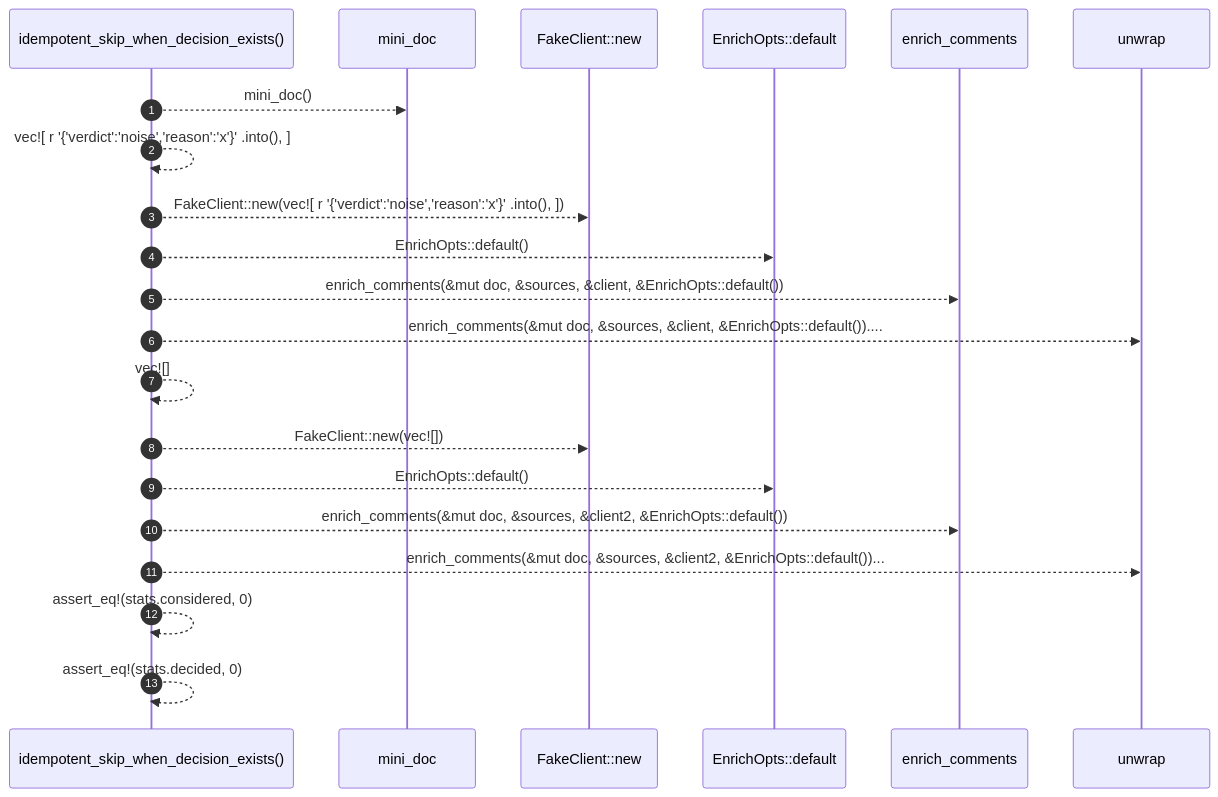
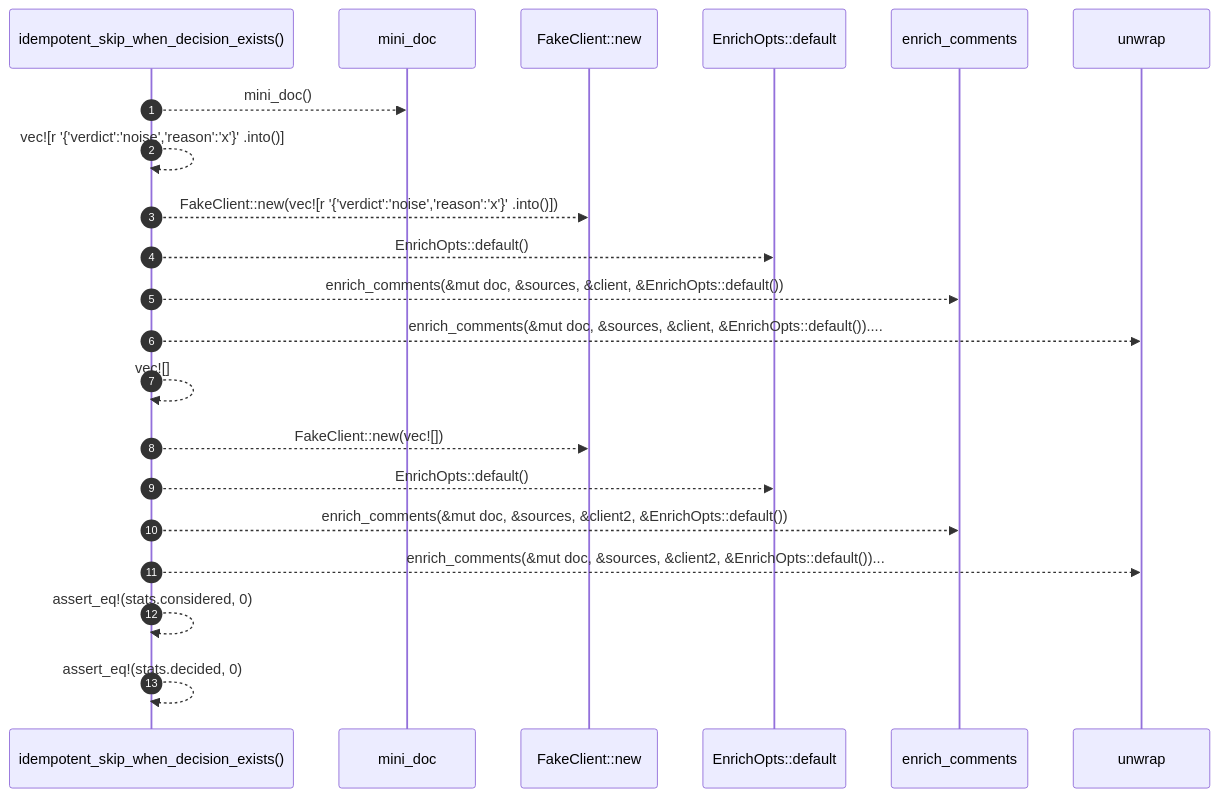
One commit to RyanGuild/self-describing-code changed the diagram in docs/self-model/robby_agent/enrich/tests/idempotent-skip-when-decision-exists.md. Above: the diagram before and after it, drawn with Mermaid. The commit also changed other lines of this file and 747 other files, not shown here.

````diff
--- a/docs/self-model/robby_agent/enrich/tests/idempotent-skip-when-decision-exists.md
+++ b/docs/self-model/robby_agent/enrich/tests/idempotent-skip-when-decision-exists.md
@@ -27,23 +25,23 @@
 ```mermaid
 sequenceDiagram
     autonumber
     participant idempotent_skip_when_decision_exists as idempotent_skip_when_decision_exists()
     participant mini_doc as mini_doc
     participant FakeClient__new as FakeClient::new
     participant EnrichOpts__default as EnrichOpts::default
     participant enrich_comments as enrich_comments
     participant unwrap as unwrap
     idempotent_skip_when_decision_exists-->>mini_doc: mini_doc()
-    idempotent_skip_when_decision_exists-->>idempotent_skip_when_decision_exists: vec![ r '{'verdict':'noise','reason':'x'}' .into(), ]
-    idempotent_skip_when_decision_exists-->>FakeClient__new: FakeClient::new(vec![ r '{'verdict':'noise','reason':'x'}' .into(), ])
+    idempotent_skip_when_decision_exists-->>idempotent_skip_when_decision_exists: vec![r '{'verdict':'noise','reason':'x'}' .into()]
+    idempotent_skip_when_decision_exists-->>FakeClient__new: FakeClient::new(vec![r '{'verdict':'noise','reason':'x'}' .into()])
     idempotent_skip_when_decision_exists-->>EnrichOpts__default: EnrichOpts::default()
     idempotent_skip_when_decision_exists-->>enrich_comments: enrich_comments(&mut doc, &sources, &client, &EnrichOpts::default())
     idempotent_skip_when_decision_exists-->>unwrap: enrich_comments(&mut doc, &sources, &client, &EnrichOpts::default())....
     idempotent_skip_when_decision_exists-->>idempotent_skip_when_decision_exists: vec![]
     idempotent_skip_when_decision_exists-->>FakeClient__new: FakeClient::new(vec![])
     idempotent_skip_when_decision_exists-->>EnrichOpts__default: EnrichOpts::default()
     idempotent_skip_when_decision_exists-->>enrich_comments: enrich_comments(&mut doc, &sources, &client2, &EnrichOpts::default())
     idempotent_skip_when_decision_exists-->>unwrap: enrich_comments(&mut doc, &sources, &client2, &EnrichOpts::default())...
     idempotent_skip_when_decision_exists-->>idempotent_skip_when_decision_exists: assert_eq!(stats.considered, 0)
     idempotent_skip_when_decision_exists-->>idempotent_skip_when_decision_exists: assert_eq!(stats.decided, 0)
 ```
````
